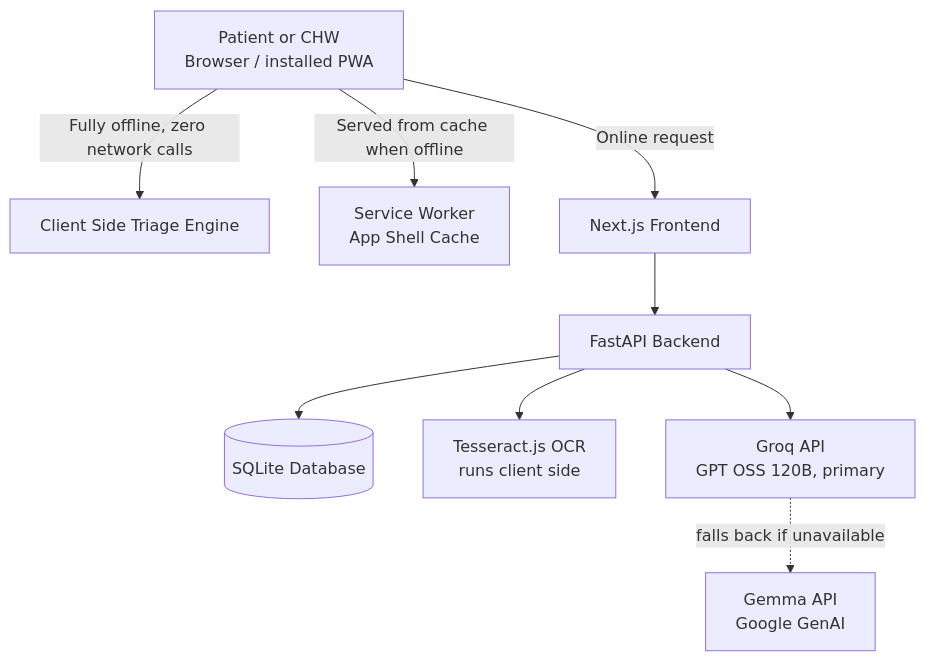
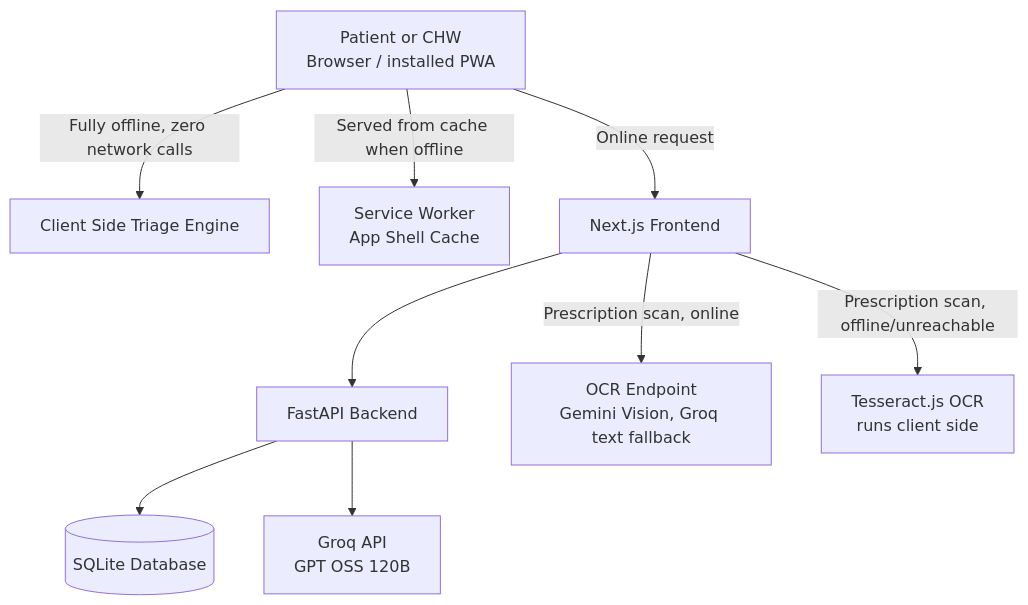
Before and after one commit to TanvirMahmudTushar/Bisheshoggo-AI: the diagram in README.md, drawn with Mermaid. The commit also changed other lines of this file and 18 other files, not shown here.

````diff
--- a/README.md
+++ b/README.md
@@ -249,12 +248,12 @@
 ```mermaid
 graph TD
     U["Patient or CHW<br/>Browser / installed PWA"]
     U -->|Fully offline, zero network calls| TE["Client Side Triage Engine"]
     U -->|Served from cache when offline| SW["Service Worker<br/>App Shell Cache"]
     U -->|Online request| FE["Next.js Frontend"]
     FE --> API["FastAPI Backend"]
     API --> DB[("SQLite Database")]
-    API --> OCR["Tesseract.js OCR<br/>runs client side"]
-    API --> M1["Groq API<br/>GPT OSS 120B, primary"]
-    M1 -. falls back if unavailable .-> M2["Gemma API<br/>Google GenAI"]
+    FE -->|Prescription scan, online| OCRAPI["OCR Endpoint<br/>Gemini Vision, Groq text fallback"]
+    FE -->|Prescription scan, offline/unreachable| TESS["Tesseract.js OCR<br/>runs client side"]
+    API --> M1["Groq API<br/>GPT OSS 120B"]
 ```
````
